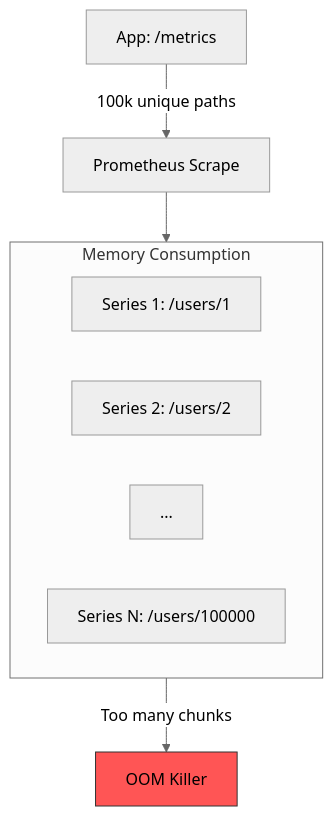
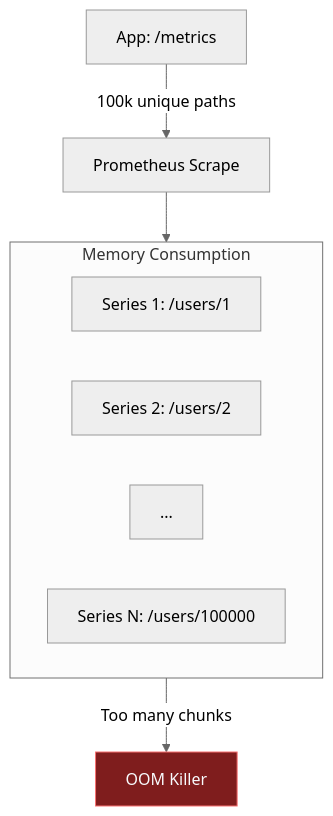
The second of 2 diagrams in sources/18. Observability (Мониторинг и наблюдаемость)/02. Метрики/4. Label и их опасности.md (UnrealTemplier/go-textbook), drawn with Mermaid (neutral theme) before and after one commit. The commit also changed 310 other files, not shown here.

First line of the commit message:
fix(mermaid): replace light fill colors with dark palette for readability on dark theme

````diff
--- a/sources/18. Observability (Мониторинг и наблюдаемость)/02. Метрики/4. Label и их опасности.md
+++ b/sources/18. Observability (Мониторинг и наблюдаемость)/02. Метрики/4. Label и их опасности.md
@@ -128,16 +128,16 @@
 ```mermaid
 flowchart TD
     A["App: /metrics"] -->|"100k unique paths"| B["Prometheus Scrape"]
     B --> C["TSDB Head Block"]
     
     subgraph C ["Memory Consumption"]
         D["Series 1: /users/1"]
         E["Series 2: /users/2"]
         F["..."]
         G["Series N: /users/100000"]
     end
     
     C -->|"Too many chunks"| H["OOM Killer"]
     
-    style H fill:#f55,stroke:#333
+    style H fill:#7f1d1d,stroke:#f87171,color:#f8fafc
 ```
````
